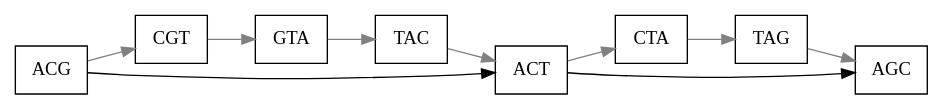
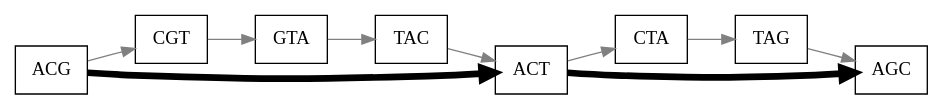
Before and after one commit to ablab/spades: the diagram in assembler/docs/abruijn/fig1.dot, drawn with Graphviz. The commit also changed 1 other file, not shown here.

```diff
--- a/assembler/docs/abruijn/fig1.dot
+++ b/assembler/docs/abruijn/fig1.dot
@@ -1,15 +1,15 @@
 digraph G 
 {
   rankdir=LR
   node [shape="box"]
 
   ACG->CGT[color=gray]
   CGT->GTA[color=gray]
   GTA->TAC[color=gray]
   TAC->ACT[color=gray]
   ACT->CTA[color=gray]
   CTA->TAG[color=gray]
   TAG->AGC[color=gray]
-  ACG->ACT[color=black]
-  ACT->AGC[color=black]
+  ACG->ACT[color=black,penwidth=5]
+  ACT->AGC[color=black,penwidth=5]
 }
```
